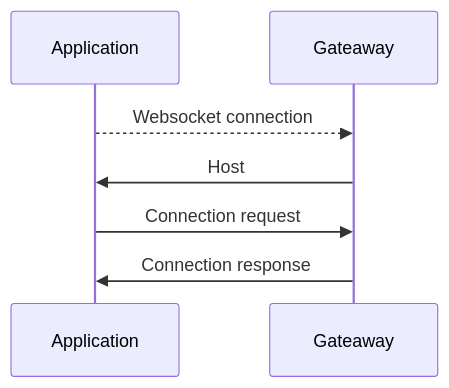
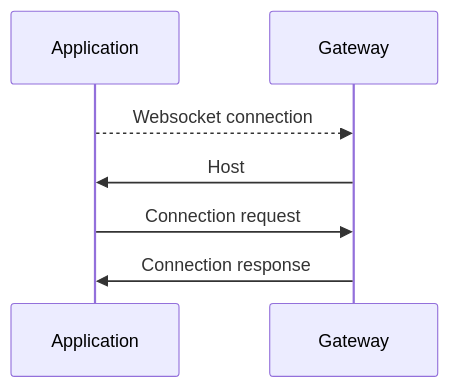
The first of 9 diagrams in Documentation.md (ErFer7/WebChat), drawn with Mermaid before and after one commit.

````diff
--- a/Documentation.md
+++ b/Documentation.md
@@ -72,7 +72,7 @@
 ```mermaid
 sequenceDiagram
-    Application -->> Gateaway: Websocket connection
-    Gateaway ->> Application: Host
-    Application ->> Gateaway: Connection request
-    Gateaway ->> Application: Connection response
+    Application -->> Gateway: Websocket connection
+    Gateway ->> Application: Host
+    Application ->> Gateway: Connection request
+    Gateway ->> Application: Connection response
 ```
````
